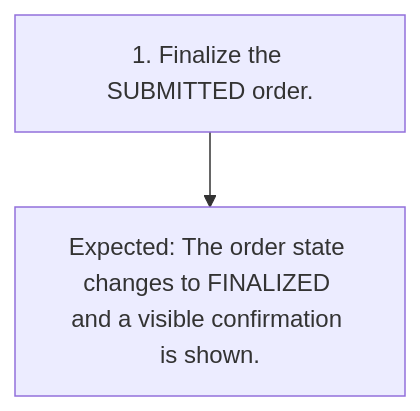
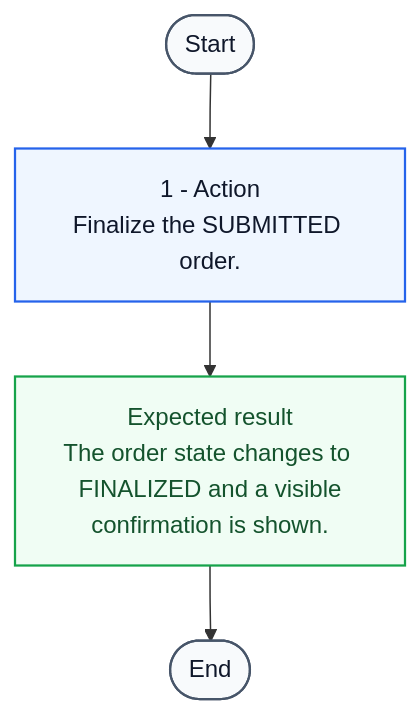
One commit to Soturine/functional-test-designer changed the diagram in examples/expected-output/test-cases-md/TC-011.md. Above: the diagram before and after it, drawn with Mermaid. The commit also changed 17 other files, not shown here.

Commit message:
feat: improve offline mermaid test flows

````diff
--- a/examples/expected-output/test-cases-md/TC-011.md
+++ b/examples/expected-output/test-cases-md/TC-011.md
@@ -37,6 +37,18 @@
 ```mermaid
 flowchart TD
-    A1["1. Finalize the SUBMITTED order."]
-    E1["Expected: The order state changes to FINALIZED and a visible confirmation is shown."]
-    A1 --> E1
+    S([Start])
+    A1["1 - Action<br/>Finalize the SUBMITTED order."]
+    R1["Expected result<br/>The order state changes to FINALIZED and a visible<br/>confirmation is shown."]
+    F([End])
+
+    S --> A1 --> R1 --> F
+
+    classDef startEnd fill:#f8fafc,stroke:#475569,stroke-width:1.5px,color:#0f172a;
+    classDef action fill:#eff6ff,stroke:#2563eb,stroke-width:1.5px,color:#0f172a;
+    classDef expected fill:#f0fdf4,stroke:#16a34a,stroke-width:1.5px,color:#14532d;
+    classDef clarification fill:#fff7ed,stroke:#ea580c,stroke-width:1.5px,color:#7c2d12,stroke-dasharray:4 3;
+
+    class S,F startEnd;
+    class A1 action;
+    class R1 expected;
 ```
````
